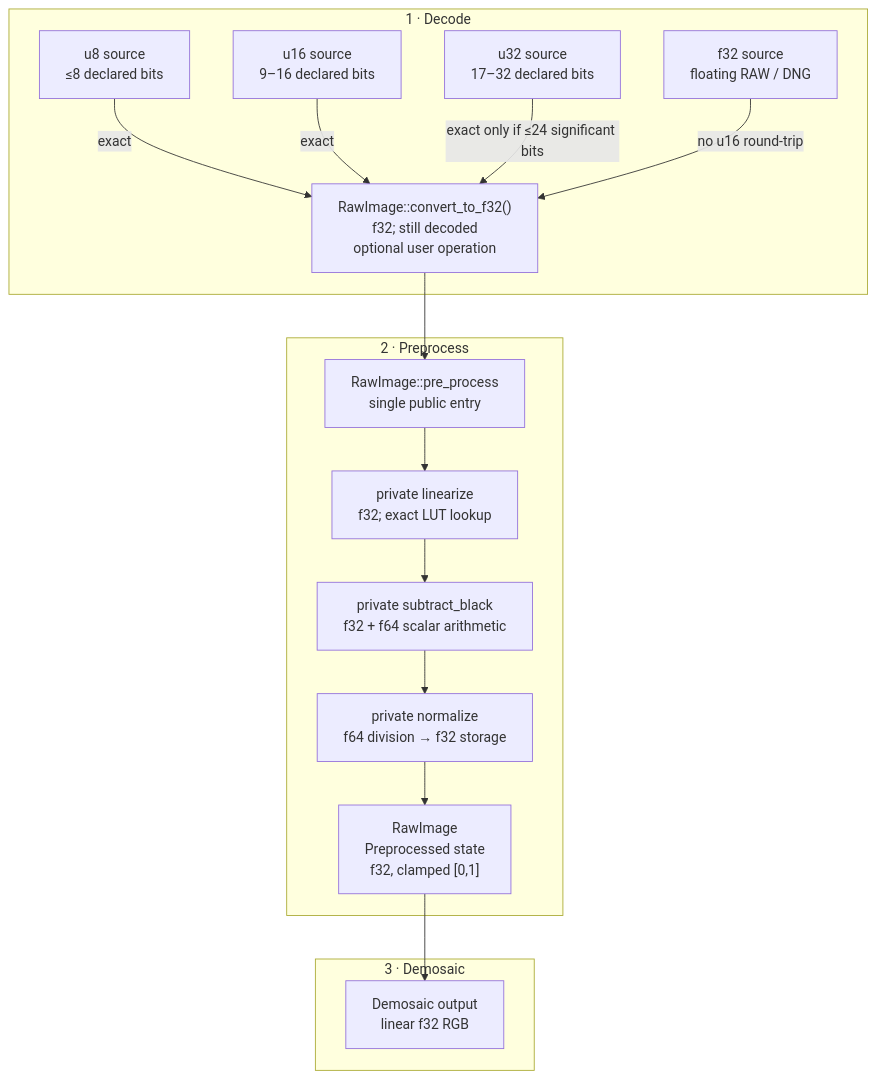
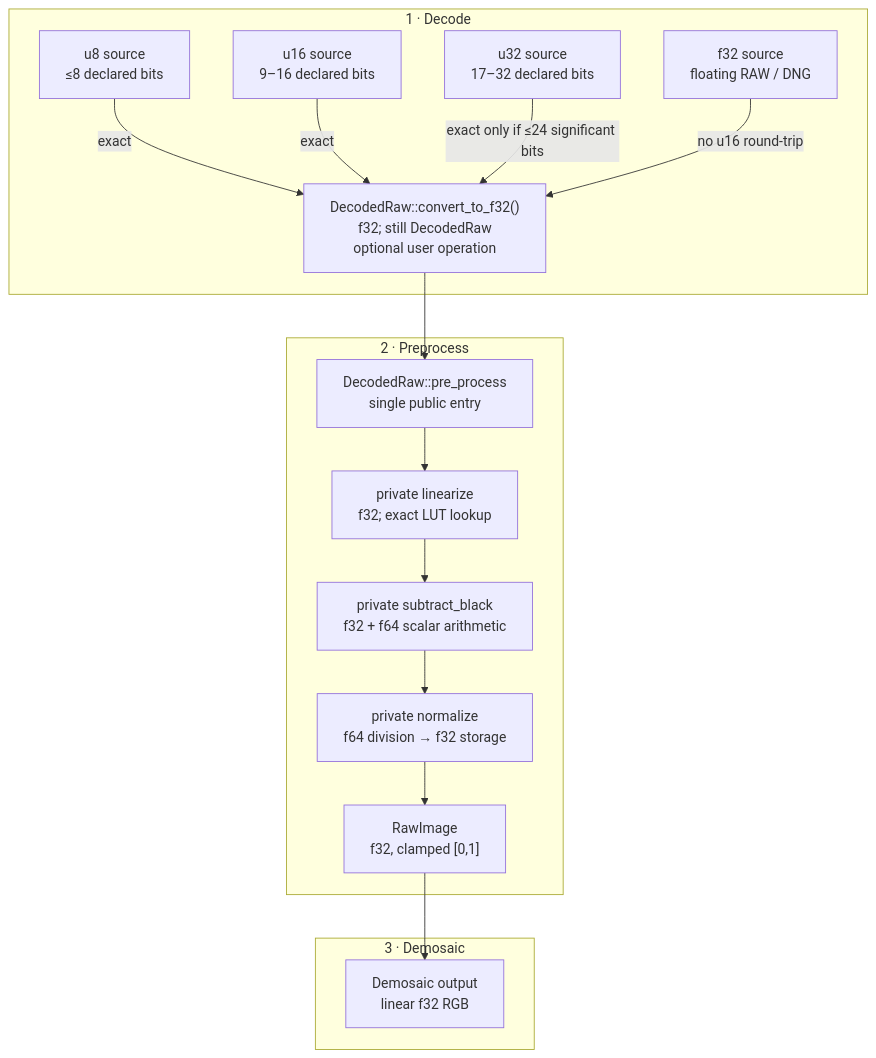
One commit to Glatzel/fornax changed the diagram in docs/raw-pipeline/precision.md. Above: the diagram before and after it, drawn with Mermaid. The commit also changed other lines of this file and 12 other files, not shown here.

Commit message:
refactor(impl-core-001): split decoded and preprocessed images

````diff
--- a/docs/raw-pipeline/precision.md
+++ b/docs/raw-pipeline/precision.md
@@ -10,34 +10,34 @@
 ```mermaid
 flowchart TD
     subgraph DecodePhase["1 · Decode"]
         U8["u8 source\n≤8 declared bits"]
         U16["u16 source\n9–16 declared bits"]
         U32["u32 source\n17–32 declared bits"]
         F32S["f32 source\nfloating RAW / DNG"]
-        Work["RawImage::convert_to_f32()\nf32; still decoded\noptional user operation"]
+        Work["DecodedRaw::convert_to_f32()\nf32; still DecodedRaw\noptional user operation"]
     end
 
     U8 -->|exact| Work
     U16 -->|exact| Work
     U32 -->|"exact only if ≤24 significant bits"| Work
     F32S -->|no u16 round-trip| Work
 
     subgraph PreprocessPhase["2 · Preprocess"]
-        Preprocess["RawImage::pre_process\nsingle public entry"]
+        Preprocess["DecodedRaw::pre_process\nsingle public entry"]
         Linear["private linearize\nf32; exact LUT lookup"]
         Subtract["private subtract_black\nf32 + f64 scalar arithmetic"]
         Normalize["private normalize\nf64 division → f32 storage"]
-        Ready["RawImage\nPreprocessed state\nf32, clamped [0,1]"]
+        Ready["RawImage\nf32, clamped [0,1]"]
     end
 
     subgraph DemosaicPhase["3 · Demosaic"]
         Demo["Demosaic output\nlinear f32 RGB"]
     end
 
     Work --> Preprocess
     Preprocess --> Linear
     Linear --> Subtract
     Subtract --> Normalize
     Normalize --> Ready
     Ready --> Demo
 ```
````
